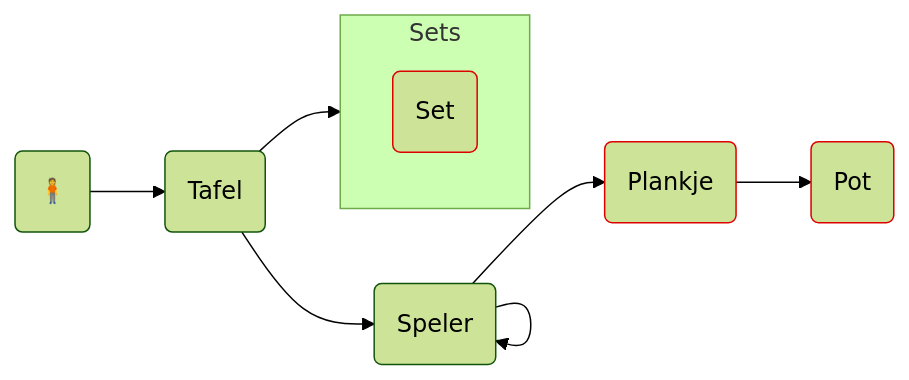
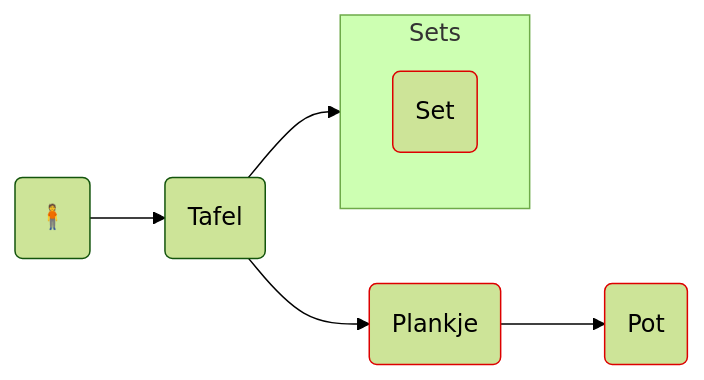
The first of 2 diagrams in overzichtObjecten.md (psvansluis/rummikub), drawn with Mermaid (forest theme) before and after one commit. The commit also changed other lines of this file, not shown here.

````diff
--- a/overzichtObjecten.md
+++ b/overzichtObjecten.md
@@ -9,22 +9,19 @@
 ```mermaid
 flowchart LR
 
 AGENT("🧍")
 TAFEL("Tafel")
-SPELER("Speler")
 PLANKJE("Plankje"):::heeftStenen
 POT("Pot"):::heeftStenen
 subgraph Sets
 SET1("Set"):::heeftStenen
 end
 
 AGENT-->TAFEL
-TAFEL-->SPELER
-SPELER-->PLANKJE
+TAFEL-->PLANKJE
 PLANKJE-->POT
-SPELER-->SPELER
 TAFEL-->Sets
 
 
 classDef heeftStenen stroke:#d00
 ```
````
